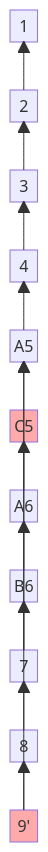
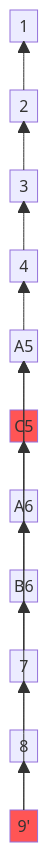
The third of 3 diagrams in docs/src/reference/log.md (1iolabs/cokit), drawn with Mermaid before and after one commit. The commit also changed other lines of this file and 2 other files, not shown here.

````diff
--- a/docs/src/reference/log.md
+++ b/docs/src/reference/log.md
@@ -117,40 +117,40 @@
 ```mermaid
 block-beta
 columns 1
 	1
 	space
 	2
 	space
 	3
 	space
 	4
 	space
 	A5
 	space
 	C5["C5"]
 	space
 	A6
 	space
 	B6
 	space
 	7
 	space
 	8
 	space
 	9["9'"]
 
 	2 --> 1
 	3 --> 2
 	4 --> 3
 	A5 --> 4
 	A6 --> A5
 	B6 --> A5
 	7 --> A6
 	7 --> B6
 	8 --> 7
 	9 --> 8
 	9 --> C5
 
-	style 9 fill:#faa
-	style C5 fill:#faa
+	style 9 fill:#f55
+	style C5 fill:#f55
 ```
````
